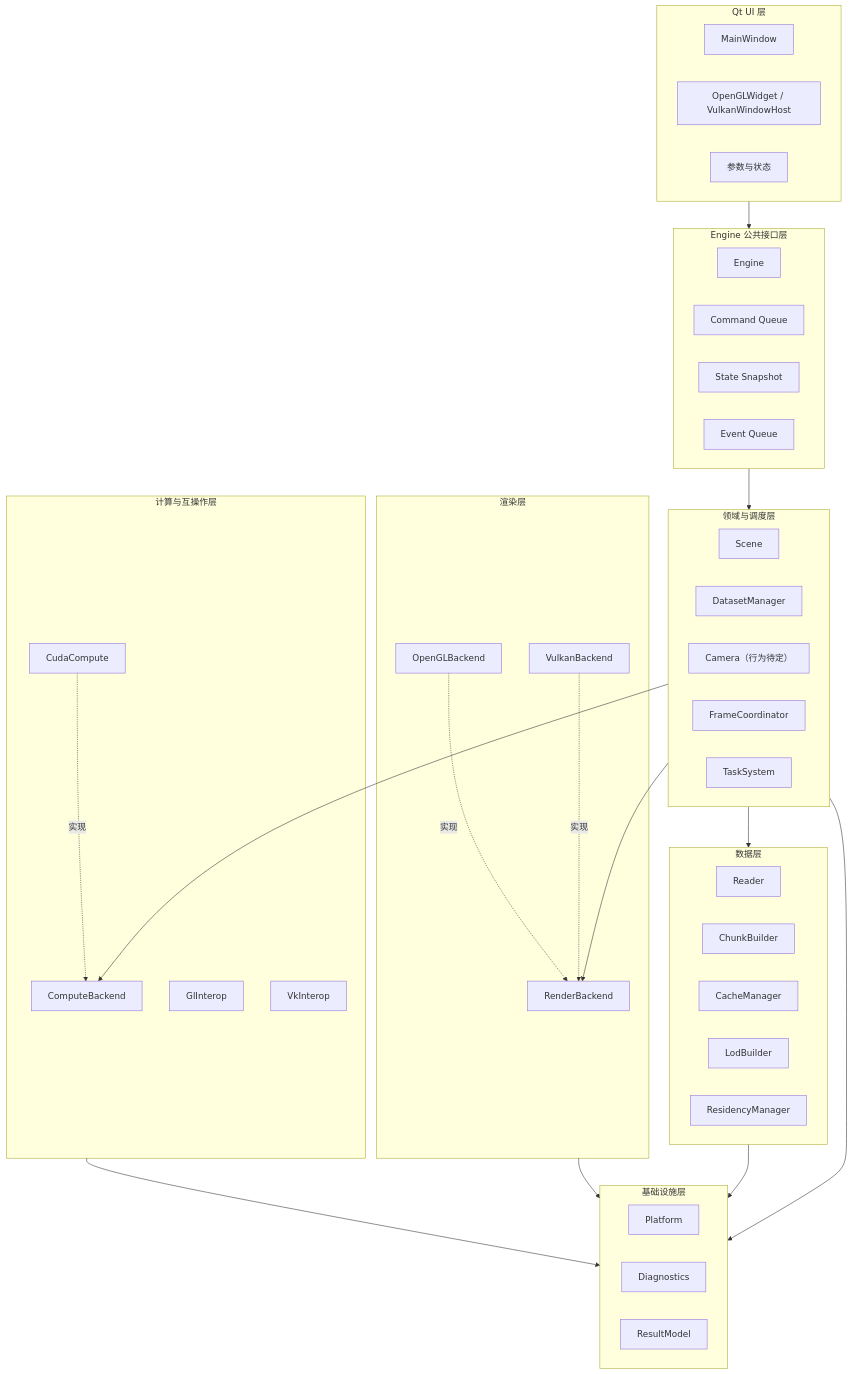
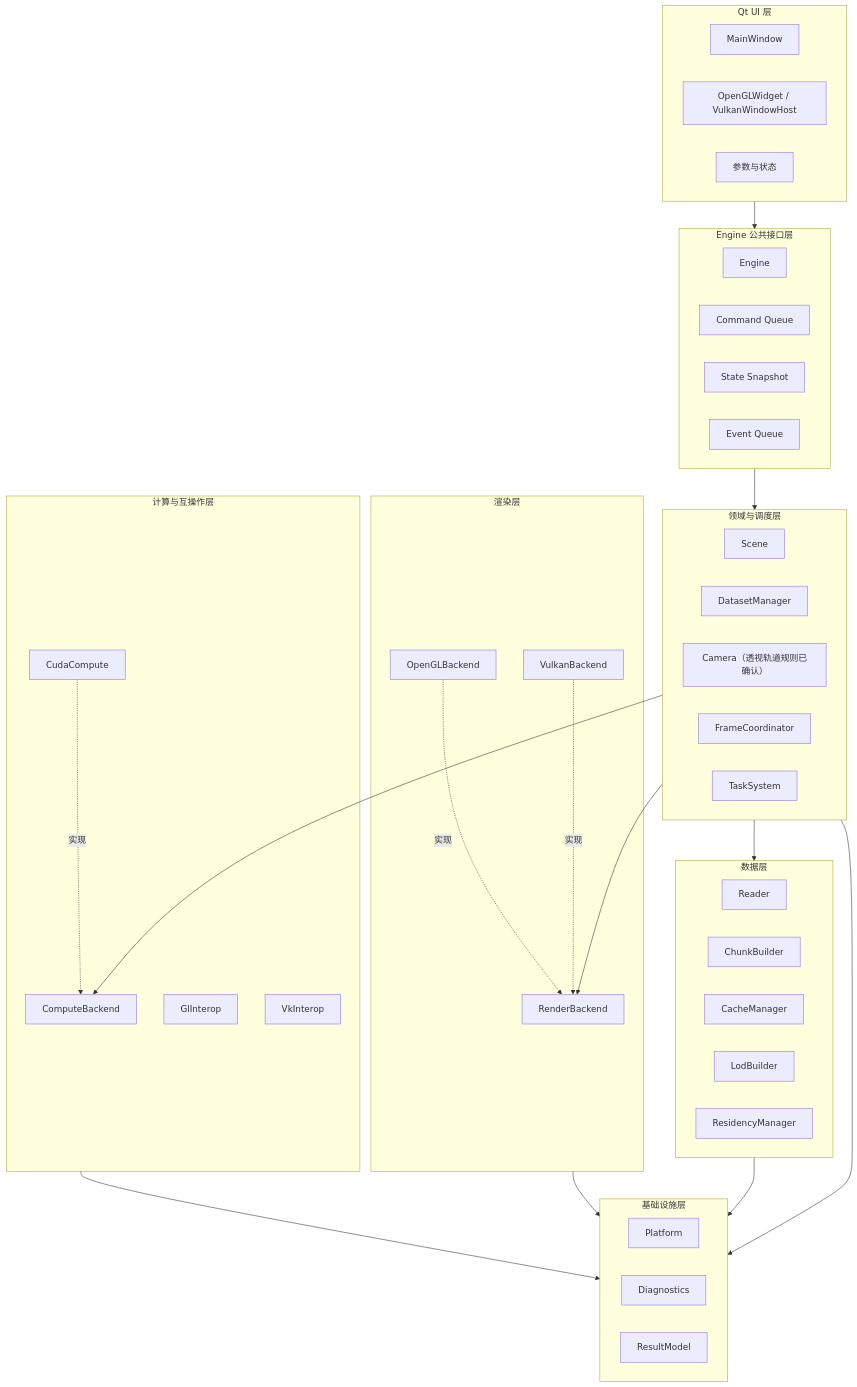
Before and after one commit to Reset828/RengerEngine: the second of 10 diagrams in docs/design/architectureDesign.md, drawn with Mermaid. The commit also changed other lines of this file and 10 other files, not shown here.

````diff
--- a/docs/design/architectureDesign.md
+++ b/docs/design/architectureDesign.md
@@ -126,56 +126,56 @@
 ```mermaid
 flowchart TB
     subgraph UI["Qt UI 层"]
         MainWindow
         RenderHost["OpenGLWidget / VulkanWindowHost"]
         Panels["参数与状态"]
     end
     subgraph API["Engine 公共接口层"]
         Engine
         Commands["Command Queue"]
         Snapshot["State Snapshot"]
         Events["Event Queue"]
     end
     subgraph Core["领域与调度层"]
         Scene
         DatasetManager
-        Camera["Camera（行为待定）"]
+        Camera["Camera（透视轨道规则已确认）"]
         FrameCoordinator
         TaskSystem
     end
     subgraph Data["数据层"]
         Reader
         ChunkBuilder
         CacheManager
         LodBuilder
         ResidencyManager
     end
     subgraph Render["渲染层"]
         RenderBackend
         OpenGLBackend
         VulkanBackend
     end
     subgraph Compute["计算与互操作层"]
         ComputeBackend
         CudaCompute
         GlInterop
         VkInterop
     end
     subgraph Infra["基础设施层"]
         Platform
         Diagnostics
         ResultModel
     end
     UI --> API
     API --> Core
     Core --> Data
     Core --> RenderBackend
     Core --> ComputeBackend
     OpenGLBackend -.实现.-> RenderBackend
     VulkanBackend -.实现.-> RenderBackend
     CudaCompute -.实现.-> ComputeBackend
     Core --> Infra
     Data --> Infra
     Render --> Infra
     Compute --> Infra
 ```
````
